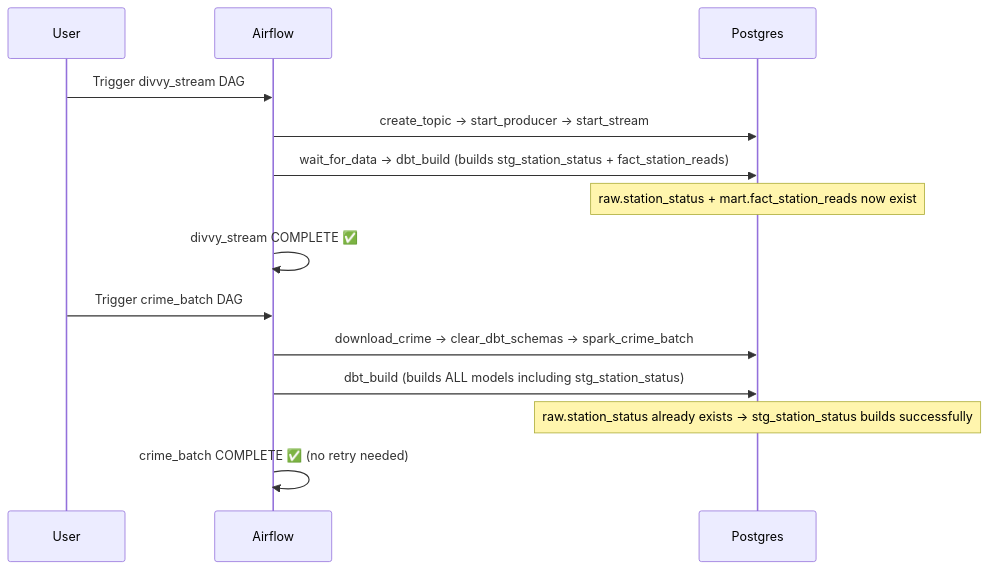
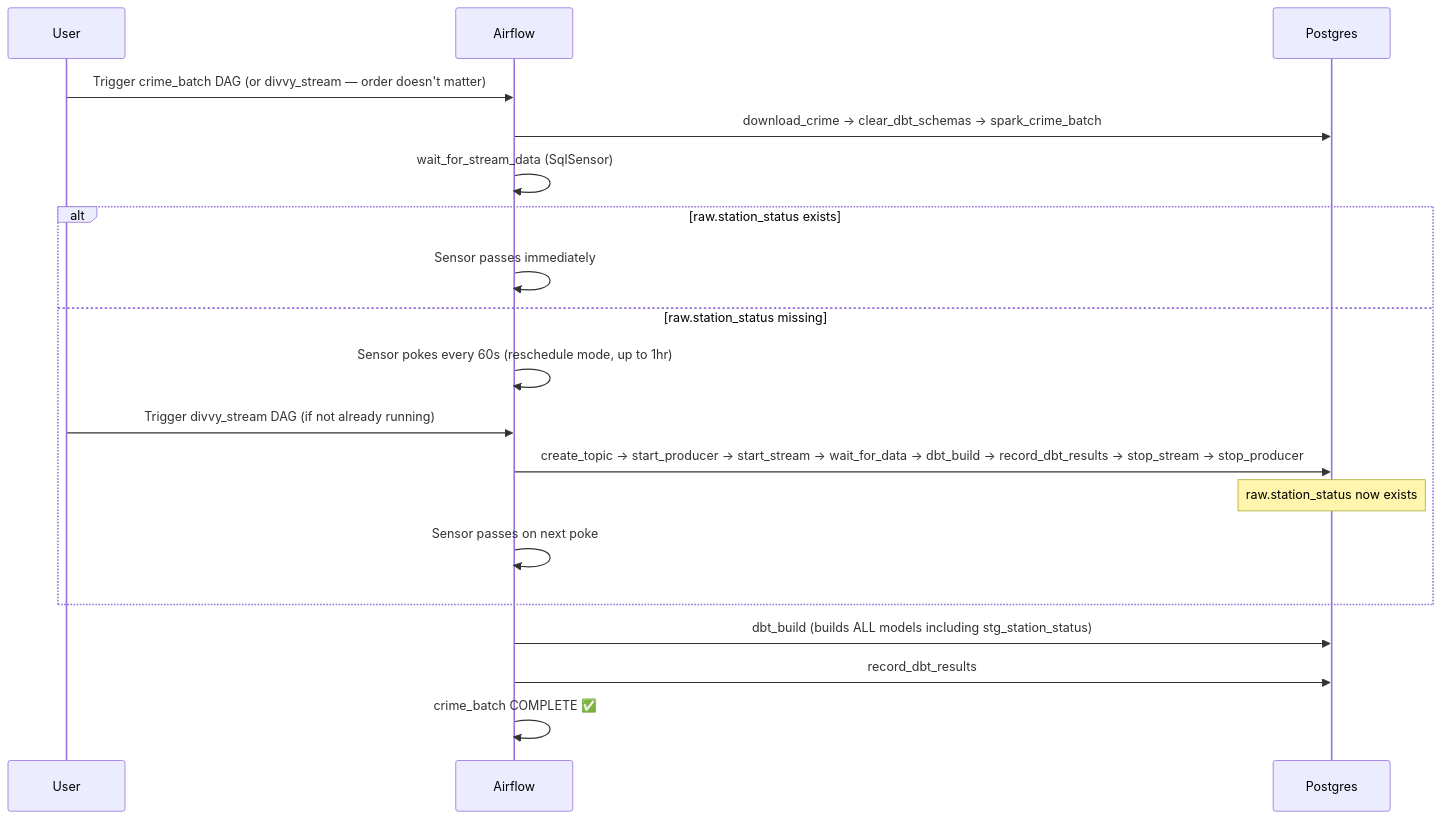
Before and after one commit to SagarMarthandan/chicago-data-pipeline: diagram 11 of 12 in docs/knowledge/grafana.md, drawn with Mermaid. The commit also changed other lines of this file and 4 other files, not shown here.

````diff
--- a/docs/knowledge/grafana.md
+++ b/docs/knowledge/grafana.md
@@ -489,18 +489,22 @@
 ```mermaid
 sequenceDiagram
     participant User
     participant Airflow
     participant Postgres
 
-    User->>Airflow: Trigger divvy_stream DAG
-    Airflow->>Postgres: create_topic → start_producer → start_stream
-    Airflow->>Postgres: wait_for_data → dbt_build (builds stg_station_status + fact_station_reads)
-    Note over Postgres: raw.station_status + mart.fact_station_reads now exist
-    Airflow->>Airflow: divvy_stream COMPLETE ✅
-
-    User->>Airflow: Trigger crime_batch DAG
+    User->>Airflow: Trigger crime_batch DAG (or divvy_stream — order doesn't matter)
     Airflow->>Postgres: download_crime → clear_dbt_schemas → spark_crime_batch
+    Airflow->>Airflow: wait_for_stream_data (SqlSensor)
+    alt raw.station_status exists
+        Airflow->>Airflow: Sensor passes immediately
+    else raw.station_status missing
+        Airflow->>Airflow: Sensor pokes every 60s (reschedule mode, up to 1hr)
+        User->>Airflow: Trigger divvy_stream DAG (if not already running)
+        Airflow->>Postgres: create_topic → start_producer → start_stream → wait_for_data → dbt_build → record_dbt_results → stop_stream → stop_producer
+        Note over Postgres: raw.station_status now exists
+        Airflow->>Airflow: Sensor passes on next poke
+    end
     Airflow->>Postgres: dbt_build (builds ALL models including stg_station_status)
-    Note over Postgres: raw.station_status already exists → stg_station_status builds successfully
-    Airflow->>Airflow: crime_batch COMPLETE ✅ (no retry needed)
+    Airflow->>Postgres: record_dbt_results
+    Airflow->>Airflow: crime_batch COMPLETE ✅
 ```
````
